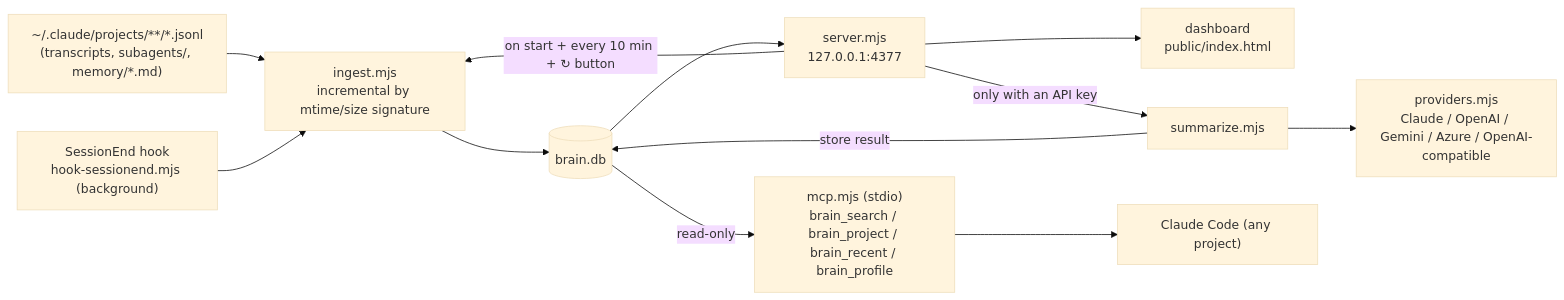
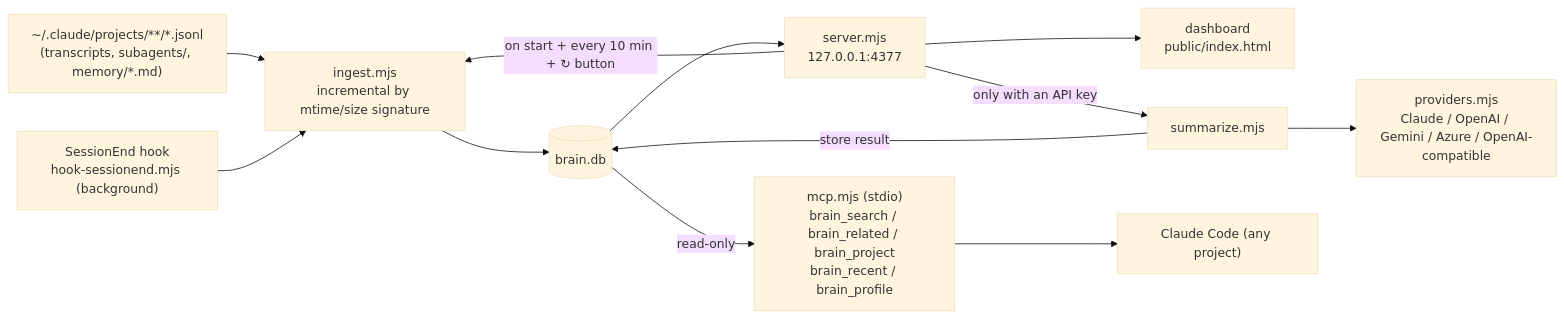
Before and after one commit to hienct-fpt/personal-brain: the first of 5 diagrams in docs/PLAN.md, drawn with Mermaid (base theme). The commit also changed other lines of this file and 9 other files, not shown here.

First line of the commit message:
Add zero-token recall: time cues, prompt neighbours, entity graph

````diff
--- a/docs/PLAN.md
+++ b/docs/PLAN.md
@@ -37,14 +37,14 @@
 ```mermaid
 flowchart LR
   T["~/.claude/projects/**/*.jsonl<br/>(transcripts, subagents/, memory/*.md)"] --> I
   H["SessionEnd hook<br/>hook-sessionend.mjs (background)"] --> I
   I["ingest.mjs<br/>incremental by mtime/size signature"] --> DB[("brain.db")]
   DB --> S["server.mjs<br/>127.0.0.1:4377"]
   S --> UI["dashboard<br/>public/index.html"]
   S -->|"on start + every 10 min + ↻ button"| I
   S -->|"only with an API key"| SM["summarize.mjs"]
   SM --> P["providers.mjs<br/>Claude / OpenAI / Gemini / Azure / OpenAI-compatible"]
   SM -->|"store result"| DB
-  DB -->|"read-only"| M["mcp.mjs (stdio)<br/>brain_search / brain_project / brain_recent / brain_profile"]
+  DB -->|"read-only"| M["mcp.mjs (stdio)<br/>brain_search / brain_related / brain_project<br/>brain_recent / brain_profile"]
   M --> CC["Claude Code (any project)"]
 ```
````
